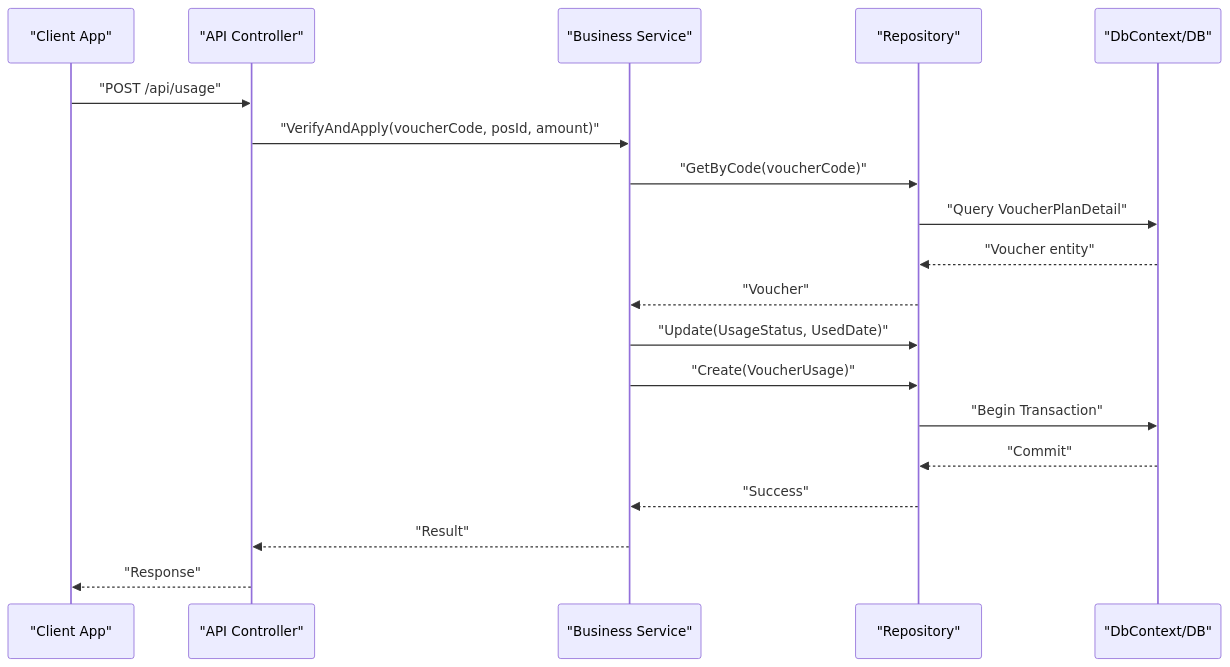
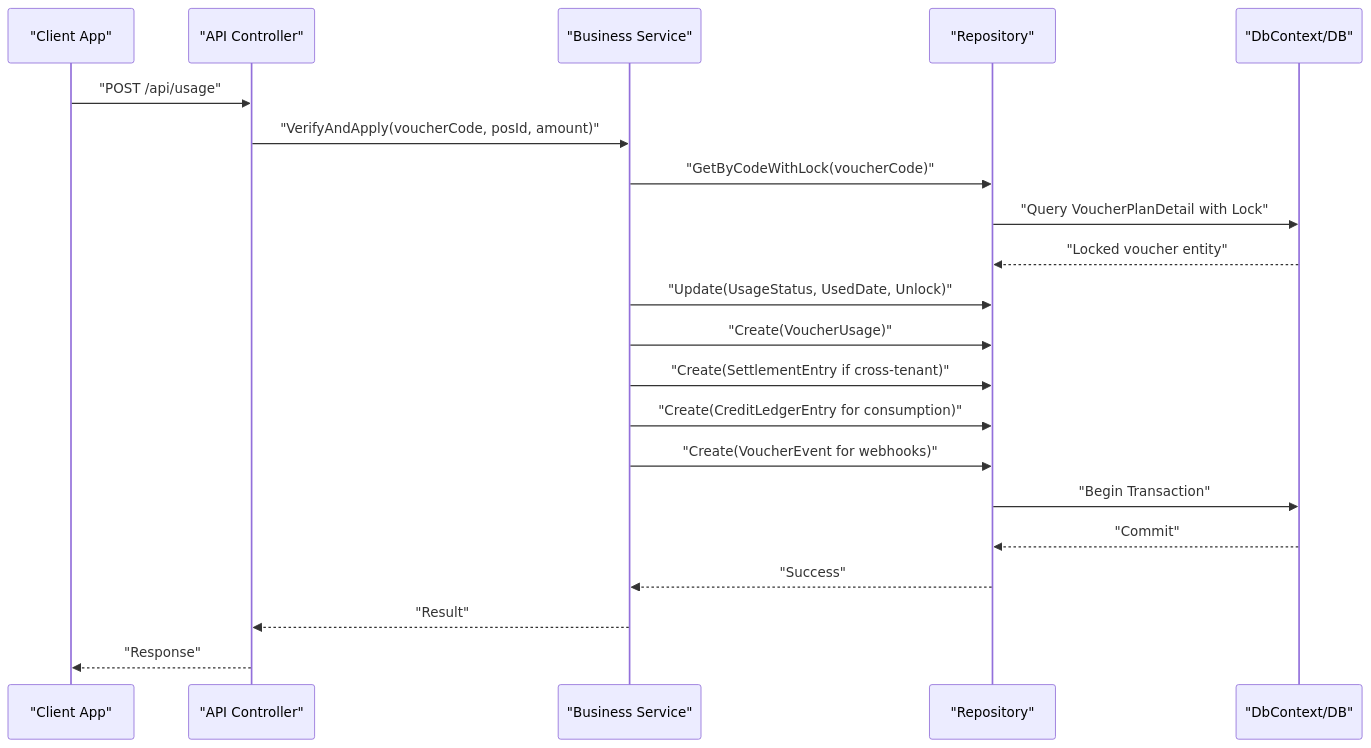
The fourth of 5 diagrams in .qoder/repowiki/en/content/Data Models and Database Design/Data Models and Database Design.md (lamhongbac/NonCash), drawn with Mermaid before and after one commit. The commit also changed other lines of this file and 13 other files, not shown here.

````diff
--- a/.qoder/repowiki/en/content/Data Models and Database Design/Data Models and Database Design.md
+++ b/.qoder/repowiki/en/content/Data Models and Database Design/Data Models and Database Design.md
@@ -321,21 +712,23 @@
 ```mermaid
 sequenceDiagram
 participant Client as "Client App"
 participant API as "API Controller"
 participant Service as "Business Service"
 participant Repo as "Repository"
 participant DB as "DbContext/DB"
 Client->>API : "POST /api/usage"
 API->>Service : "VerifyAndApply(voucherCode, posId, amount)"
-Service->>Repo : "GetByCode(voucherCode)"
-Repo->>DB : "Query VoucherPlanDetail"
-DB-->>Repo : "Voucher entity"
-Repo-->>Service : "Voucher"
-Service->>Repo : "Update(UsageStatus, UsedDate)"
+Service->>Repo : "GetByCodeWithLock(voucherCode)"
+Repo->>DB : "Query VoucherPlanDetail with Lock"
+DB-->>Repo : "Locked voucher entity"
+Service->>Repo : "Update(UsageStatus, UsedDate, Unlock)"
 Service->>Repo : "Create(VoucherUsage)"
+Service->>Repo : "Create(SettlementEntry if cross-tenant)"
+Service->>Repo : "Create(CreditLedgerEntry for consumption)"
+Service->>Repo : "Create(VoucherEvent for webhooks)"
 Repo->>DB : "Begin Transaction"
 DB-->>Repo : "Commit"
 Repo-->>Service : "Success"
 Service-->>API : "Result"
 API-->>Client : "Response"
 ```
````
